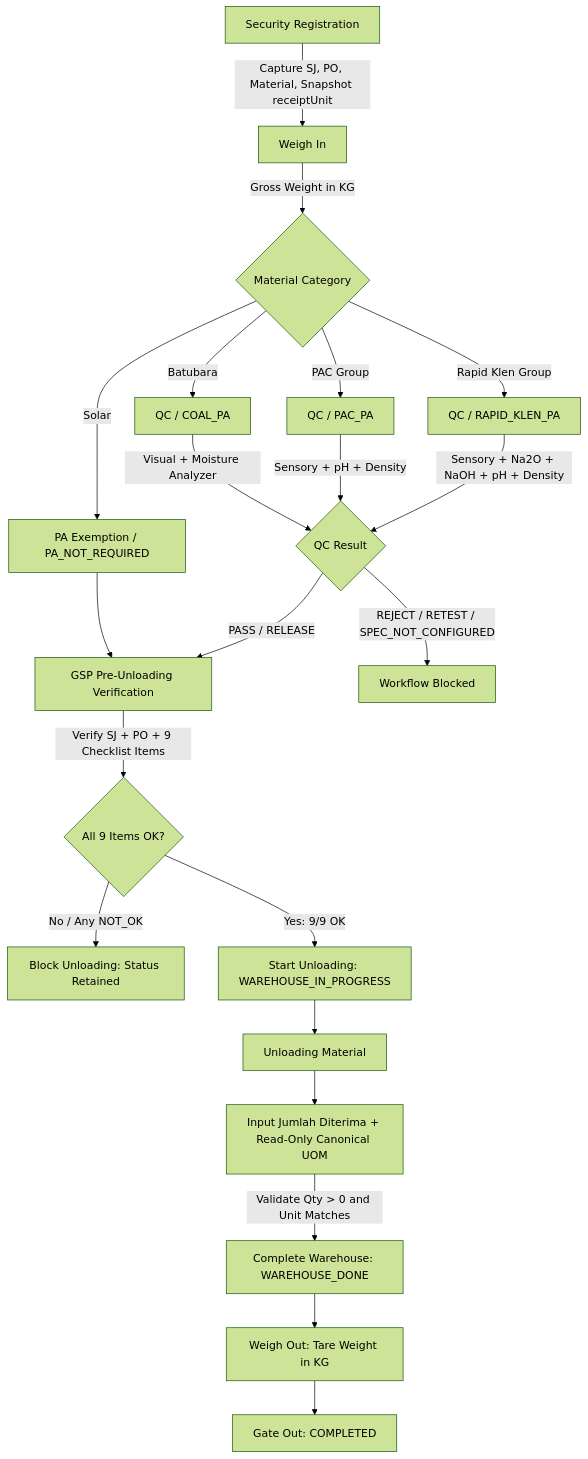
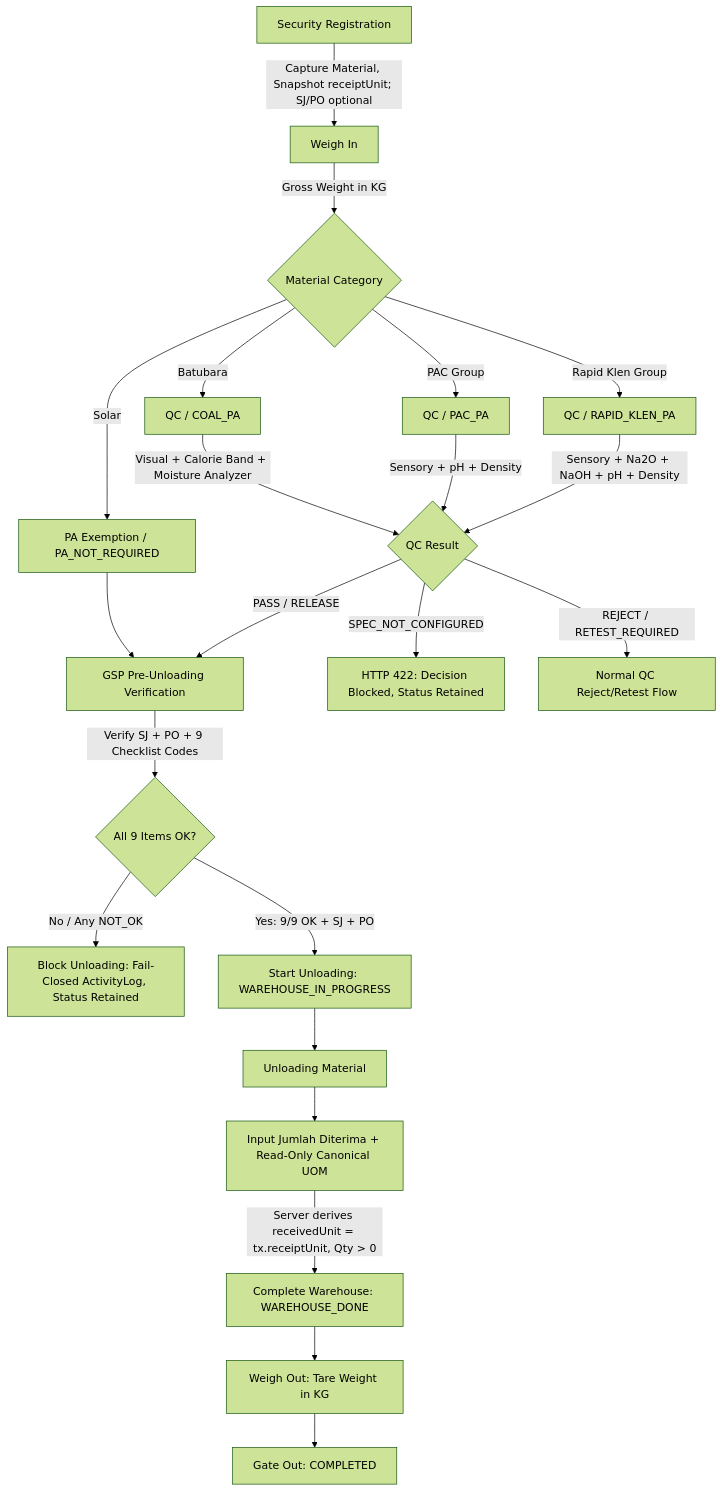
The diagram in docs/superpowers/specs/2026-10-07-gsp-qc-preunload-uom-design.md (rahmatauliya10/Aplikasi-Gate-Management-System), drawn with Mermaid (forest theme) before and after one commit. The commit also changed other lines of this file, not shown here.

Commit message:
docs(spec): revise gsp design spec with exact calorie bands, checklist authority, and uom invariants

````diff
--- a/docs/superpowers/specs/2026-10-07-gsp-qc-preunload-uom-design.md
+++ b/docs/superpowers/specs/2026-10-07-gsp-qc-preunload-uom-design.md
@@ -43,28 +45,29 @@
 ```mermaid
 flowchart TD
-    A[Security Registration] -->|Capture SJ, PO, Material, Snapshot receiptUnit| B[Weigh In]
+    A[Security Registration] -->|Capture Material, Snapshot receiptUnit; SJ/PO optional| B[Weigh In]
     B -->|Gross Weight in KG| C{Material Category}
     
     C -->|Solar| D[PA Exemption / PA_NOT_REQUIRED]
     C -->|Batubara| E[QC / COAL_PA]
     C -->|PAC Group| F[QC / PAC_PA]
     C -->|Rapid Klen Group| G[QC / RAPID_KLEN_PA]
     
-    E -->|Visual + Moisture Analyzer| H{QC Result}
+    E -->|Visual + Calorie Band + Moisture Analyzer| H{QC Result}
     F -->|Sensory + pH + Density| H
     G -->|Sensory + Na2O + NaOH + pH + Density| H
     
     H -->|PASS / RELEASE| I[GSP Pre-Unloading Verification]
-    H -->|REJECT / RETEST / SPEC_NOT_CONFIGURED| J[Workflow Blocked]
+    H -->|SPEC_NOT_CONFIGURED| J1[HTTP 422: Decision Blocked, Status Retained]
+    H -->|REJECT / RETEST_REQUIRED| J2[Normal QC Reject/Retest Flow]
     D --> I
     
-    I -->|Verify SJ + PO + 9 Checklist Items| K{All 9 Items OK?}
-    K -->|No / Any NOT_OK| L[Block Unloading: Status Retained]
-    K -->|Yes: 9/9 OK| M[Start Unloading: WAREHOUSE_IN_PROGRESS]
+    I -->|Verify SJ + PO + 9 Checklist Codes| K{All 9 Items OK?}
+    K -->|No / Any NOT_OK| L[Block Unloading: Fail-Closed ActivityLog, Status Retained]
+    K -->|Yes: 9/9 OK + SJ + PO| M[Start Unloading: WAREHOUSE_IN_PROGRESS]
     
     M --> N[Unloading Material]
     N --> O[Input Jumlah Diterima + Read-Only Canonical UOM]
-    O -->|Validate Qty > 0 and Unit Matches| P[Complete Warehouse: WAREHOUSE_DONE]
+    O -->|Server derives receivedUnit = tx.receiptUnit, Qty > 0| P[Complete Warehouse: WAREHOUSE_DONE]
     P --> Q[Weigh Out: Tare Weight in KG]
     Q --> R[Gate Out: COMPLETED]
 ```
````
